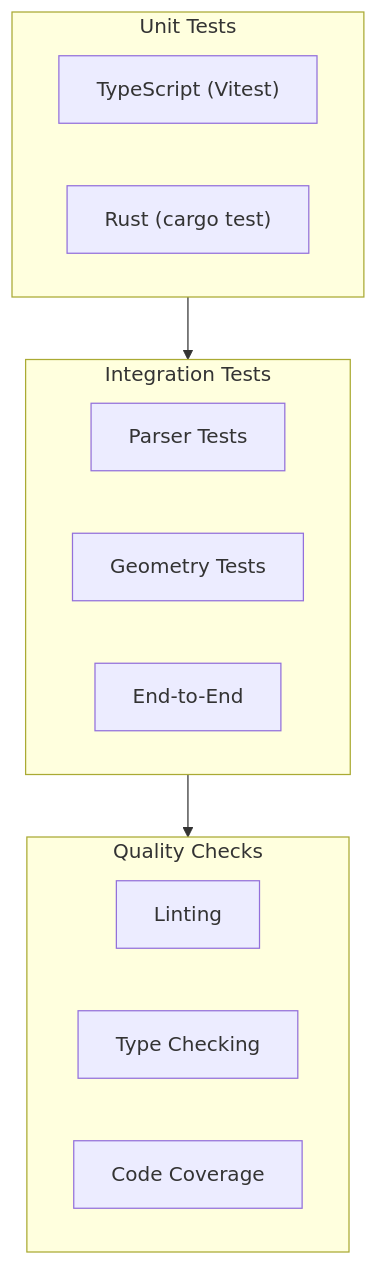
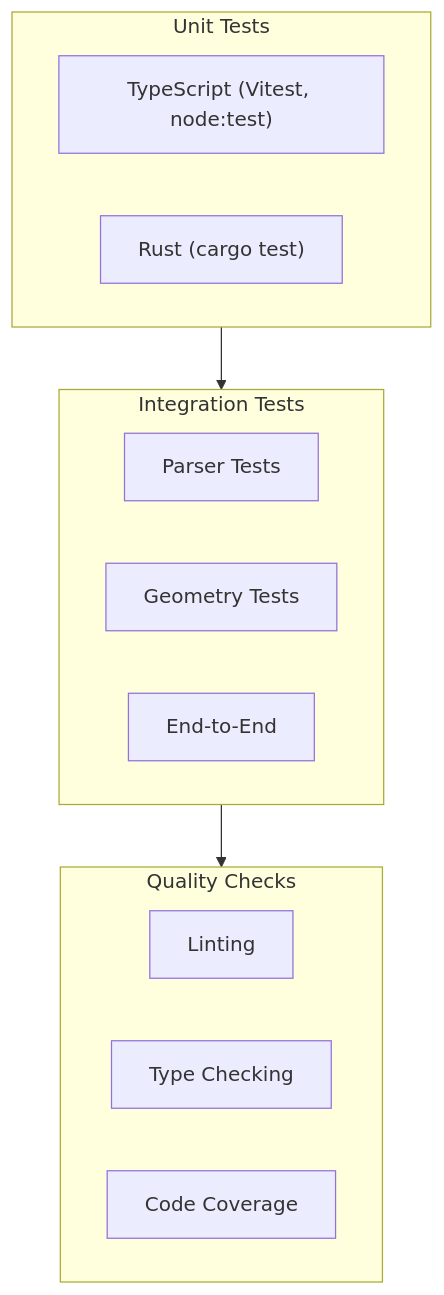
The diagram in docs/contributing/testing.md (LTplus-AG/ifc-lite), drawn with Mermaid before and after one commit. The commit also changed other lines of this file and 99 other files, not shown here.

````diff
--- a/docs/contributing/testing.md
+++ b/docs/contributing/testing.md
@@ -7,21 +7,21 @@
 ```mermaid
 flowchart TB
     subgraph Unit["Unit Tests"]
-        TS["TypeScript (Vitest)"]
+        TS["TypeScript (Vitest, node:test)"]
         Rust["Rust (cargo test)"]
     end
 
     subgraph Integration["Integration Tests"]
         Parser["Parser Tests"]
         Geometry["Geometry Tests"]
         E2E["End-to-End"]
     end
 
     subgraph Quality["Quality Checks"]
         Lint["Linting"]
         Types["Type Checking"]
         Coverage["Code Coverage"]
     end
 
     Unit --> Integration --> Quality
 ```
````
